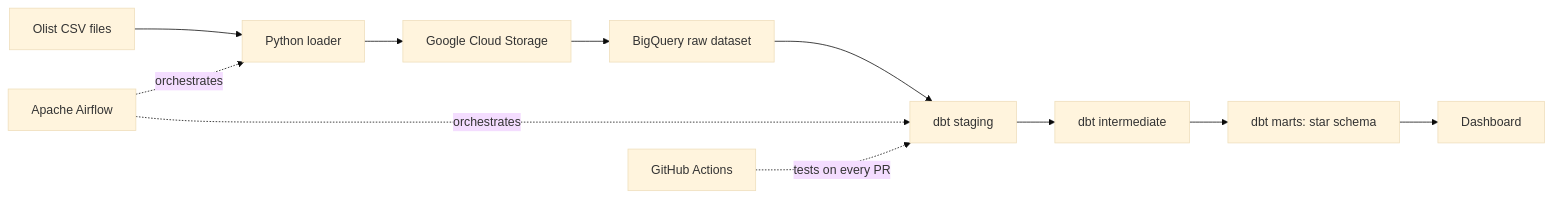
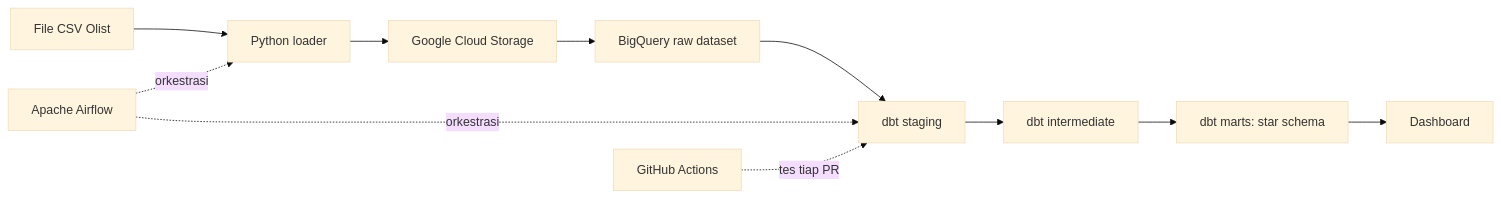
Before and after one commit to Gallahad12/ecommerce-data-warehouse: the diagram in README.md, drawn with Mermaid (base theme). The commit also changed other lines of this file and 1 other file, not shown here.

````diff
--- a/README.md
+++ b/README.md
@@ -15,13 +27,13 @@
 ```mermaid
 flowchart LR
-    A[Olist CSV files] --> B[Python loader]
+    A[File CSV Olist] --> B[Python loader]
     B --> C[Google Cloud Storage]
     C --> D[BigQuery raw dataset]
     D --> E[dbt staging]
     E --> F[dbt intermediate]
     F --> G[dbt marts: star schema]
     G --> H[Dashboard]
-    I[Apache Airflow] -. orchestrates .-> B
-    I -. orchestrates .-> E
-    J[GitHub Actions] -. tests on every PR .-> E
+    I[Apache Airflow] -. orkestrasi .-> B
+    I -. orkestrasi .-> E
+    J[GitHub Actions] -. tes tiap PR .-> E
 ```
````
